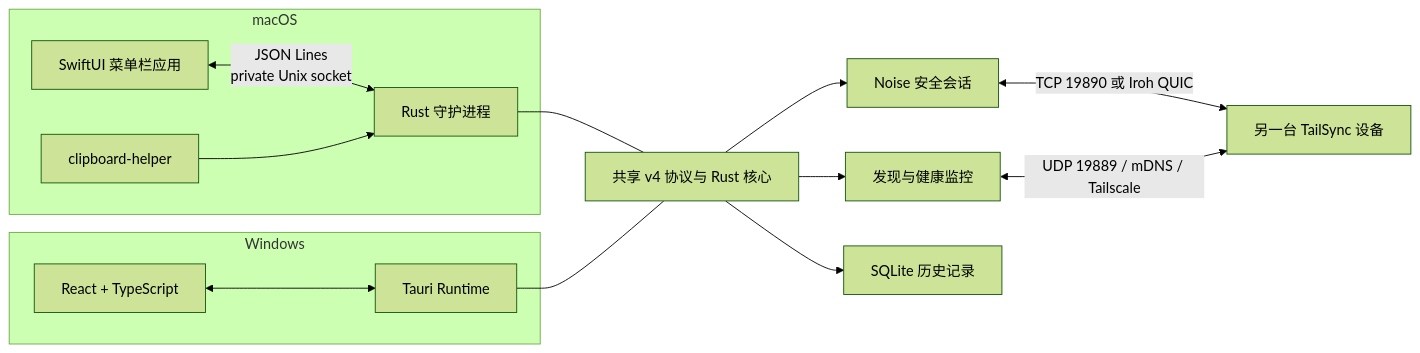
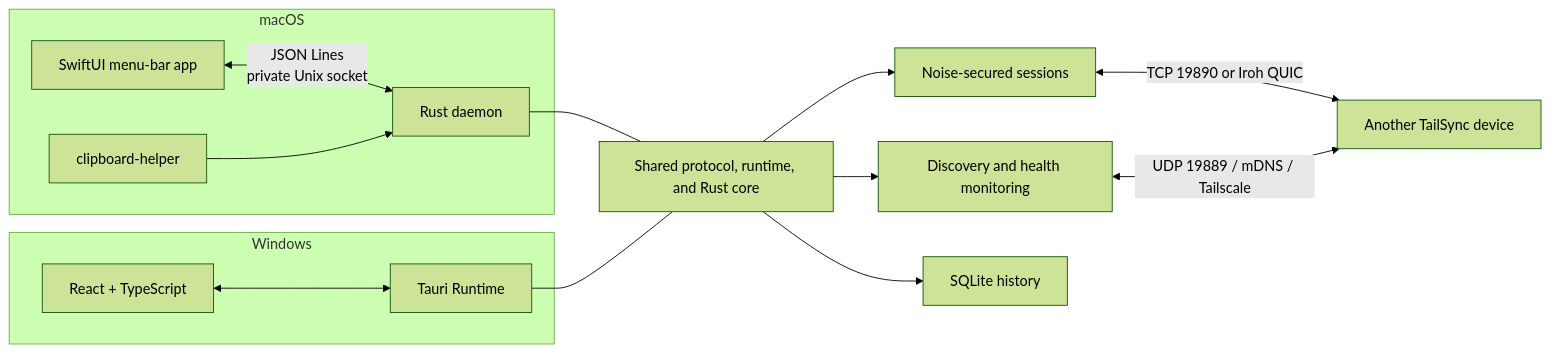
One commit to monet4070/TailSync changed the diagram in README.md. Above: the diagram before and after it, drawn with Mermaid (forest theme). The commit also changed other lines of this file and 22 other files, not shown here.

````diff
--- a/README.md
+++ b/README.md
@@ -71,24 +79,24 @@
 ```mermaid
 flowchart LR
     subgraph Mac[macOS]
-        S[SwiftUI 菜单栏应用]
-        D[Rust 守护进程]
+        S[SwiftUI menu-bar app]
+        D[Rust daemon]
         H[clipboard-helper]
         S <-->|JSON Lines<br/>private Unix socket| D
         H --> D
     end
 
     subgraph Win[Windows]
         R[React + TypeScript]
         T[Tauri Runtime]
         R <--> T
     end
 
-    D --- C[共享 v4 协议与 Rust 核心]
+    D --- C[Shared protocol, runtime, and Rust core]
     T --- C
-    C --> P[发现与健康监控]
-    C --> N[Noise 安全会话]
-    C --> DB[SQLite 历史记录]
-    N <-->|TCP 19890 或 Iroh QUIC| Peer[另一台 TailSync 设备]
+    C --> P[Discovery and health monitoring]
+    C --> N[Noise-secured sessions]
+    C --> DB[SQLite history]
+    N <-->|TCP 19890 or Iroh QUIC| Peer[Another TailSync device]
     P <-->|UDP 19889 / mDNS / Tailscale| Peer
 ```
````
